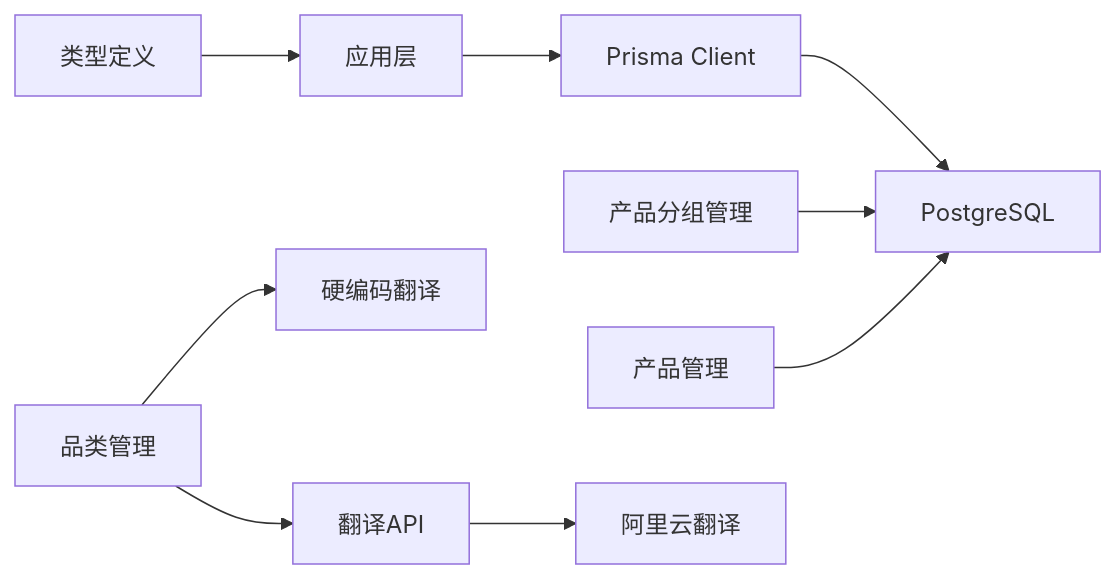
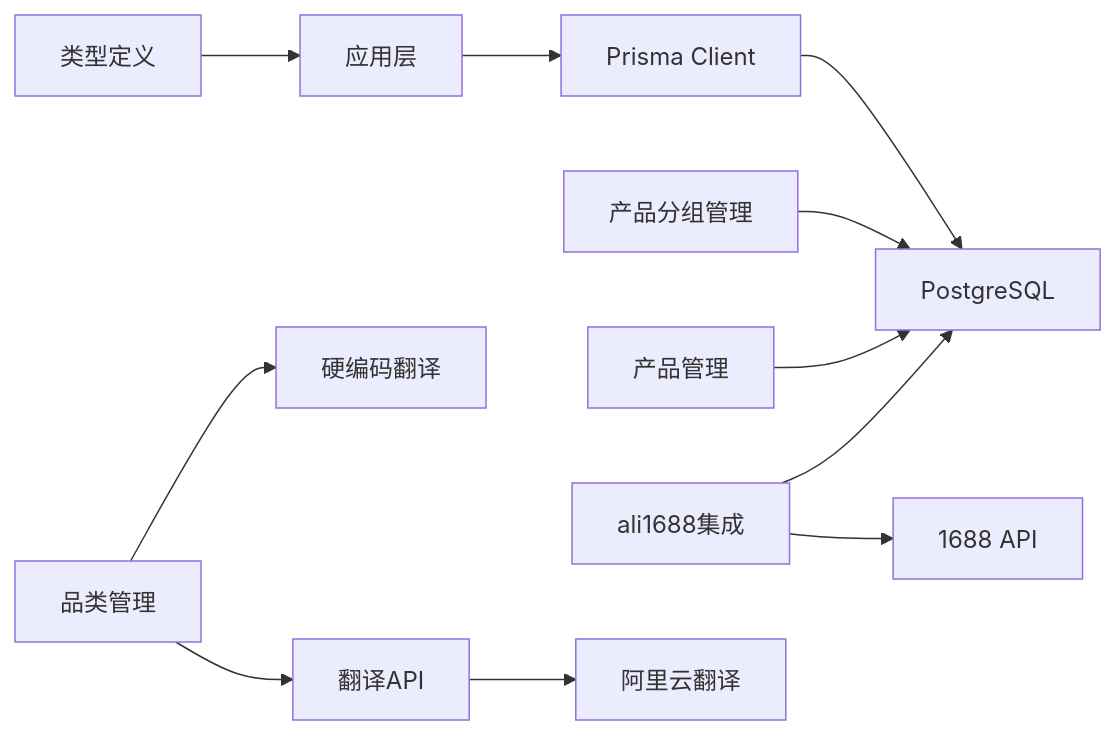
One commit to three3638-arch/celestia_2b changed the sixth of 6 diagrams in .qoder/repowiki/zh/content/数据库设计/数据库设计.md. Above: the diagram before and after it, drawn with Mermaid. The commit also changed other lines of this file and 8 other files, not shown here.

````diff
--- a/.qoder/repowiki/zh/content/数据库设计/数据库设计.md
+++ b/.qoder/repowiki/zh/content/数据库设计/数据库设计.md
@@ -561,11 +690,13 @@
 ```mermaid
 graph LR
 APP["应用层"] --> PRISMA["Prisma Client"]
 PRISMA --> DB["PostgreSQL"]
 TYPES["类型定义"] --> APP
 CAT["品类管理"] --> I18N["硬编码翻译"]
 CAT --> TRAN["翻译API"]
 PG["产品分组管理"] --> DB
 PROD["产品管理"] --> DB
+ALI1688["ali1688集成"] --> DB
+ALI1688 --> API["1688 API"]
 TRAN --> ALIMT["阿里云翻译"]
 ```
````
